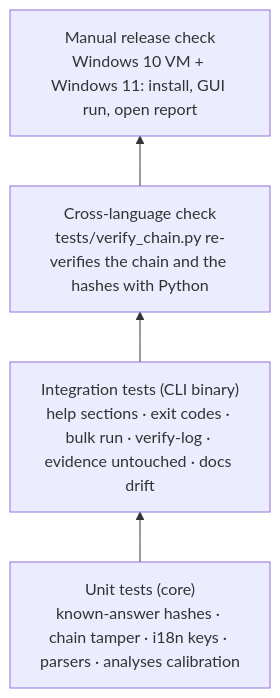
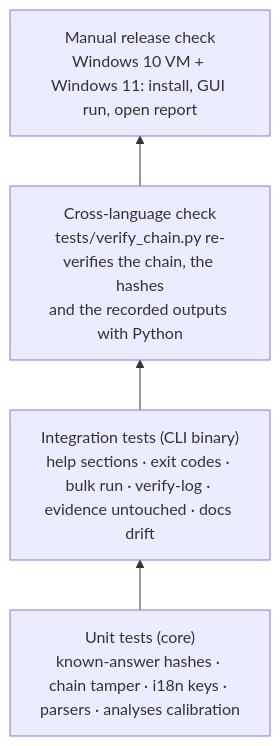
One commit to Panacota96/rv-imgauth changed the first of 3 diagrams in docs/development.md. Above: the diagram before and after it, drawn with Mermaid. The commit also changed 4 other files, not shown here.

First line of the commit message:
docs: say tests/verify_chain.py also re-hashes the recorded outputs

````diff
--- a/docs/development.md
+++ b/docs/development.md
@@ -52,7 +52,7 @@
 ```mermaid
 flowchart BT
     U["Unit tests (core)<br/>known-answer hashes · chain tamper · i18n keys · parsers · analyses calibration"] --> I
     I["Integration tests (CLI binary)<br/>help sections · exit codes · bulk run · verify-log · evidence untouched · docs drift"] --> X
-    X["Cross-language check<br/>tests/verify_chain.py re-verifies the chain and the hashes with Python"] --> M
+    X["Cross-language check<br/>tests/verify_chain.py re-verifies the chain, the hashes<br/>and the recorded outputs with Python"] --> M
     M["Manual release check<br/>Windows 10 VM + Windows 11: install, GUI run, open report"]
 ```
````
